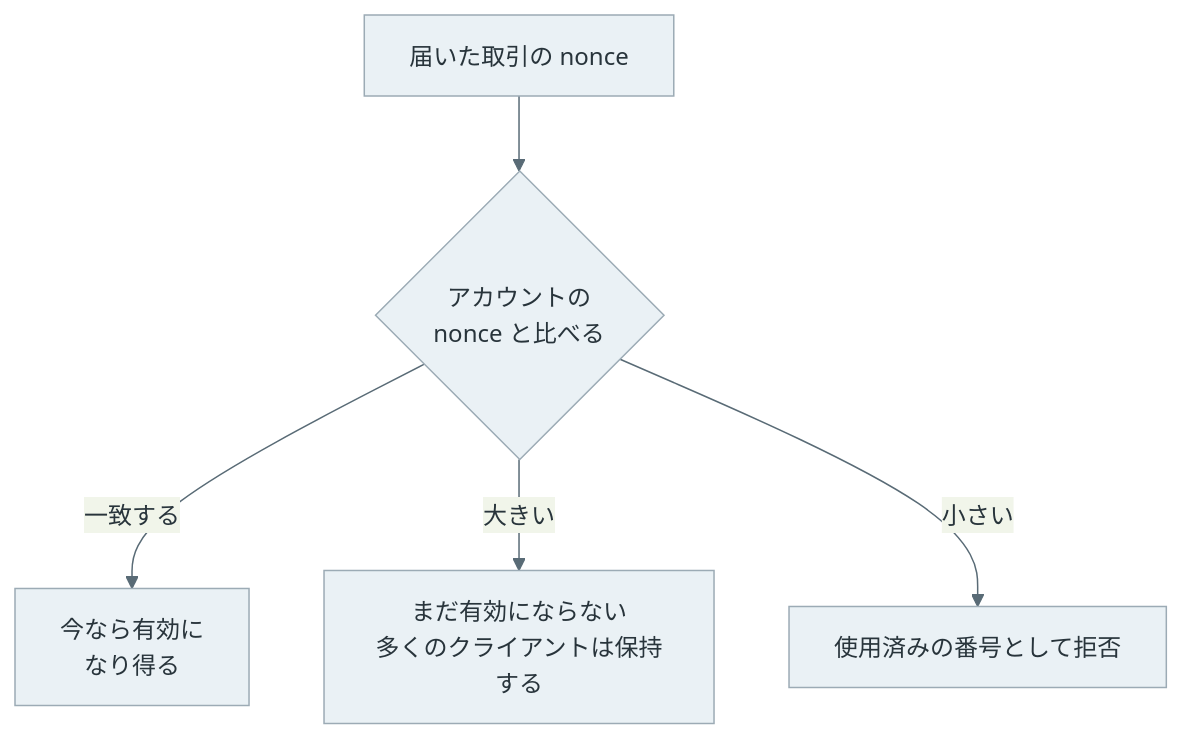
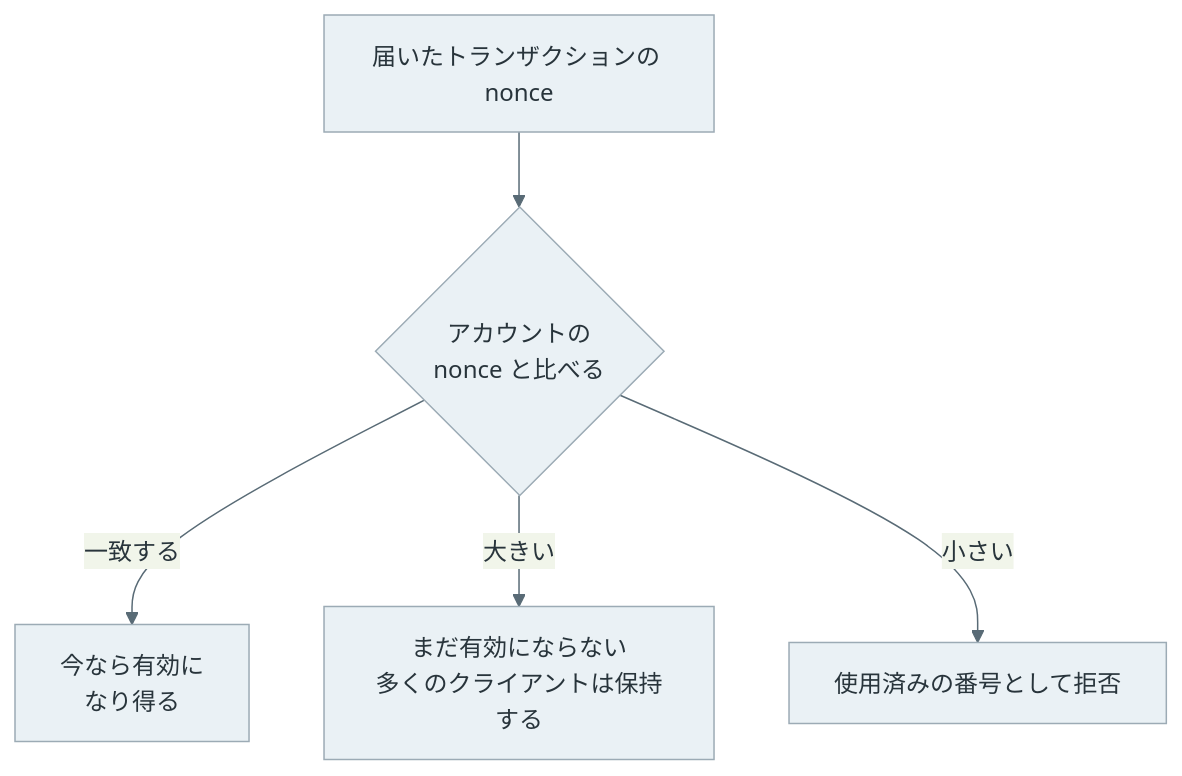
Before and after one commit to nao1215/debimate: the second of 3 diagrams in content/notes/blockchain-systems/ethereum-account-model/index.md, drawn with Mermaid. The commit also changed other lines of this file and 12 other files, not shown here.

````diff
--- a/content/notes/blockchain-systems/ethereum-account-model/index.md
+++ b/content/notes/blockchain-systems/ethereum-account-model/index.md
@@ -143,9 +143,9 @@
 ```mermaid
 %%{init: {"theme":"base","themeVariables":{"primaryColor":"#eaf1f5","primaryTextColor":"#28343b","primaryBorderColor":"#9cabb5","lineColor":"#596b76","textColor":"#28343b","actorBkg":"#eaf1f5","actorBorder":"#9cabb5","actorTextColor":"#28343b","actorLineColor":"#9cabb5","signalColor":"#596b76","signalTextColor":"#28343b","noteBkgColor":"#f7f1e5","noteBorderColor":"#c5b99b","noteTextColor":"#403c32","activationBkgColor":"#edf3ef","activationBorderColor":"#9aafa1"}}}%%
 flowchart TD
-    T["届いた取引の nonce"] --> Q{"アカウントの<br/>nonce と比べる"}
+    T["届いたトランザクションの nonce"] --> Q{"アカウントの<br/>nonce と比べる"}
     Q -->|"一致する"| R["今なら有効に<br/>なり得る"]
     Q -->|"大きい"| W["まだ有効にならない<br/>多くのクライアントは保持する"]
     Q -->|"小さい"| N["使用済みの番号として拒否"]
     classDef default fill:#eaf1f5,stroke:#9cabb5,color:#28343b;
 ```
````
